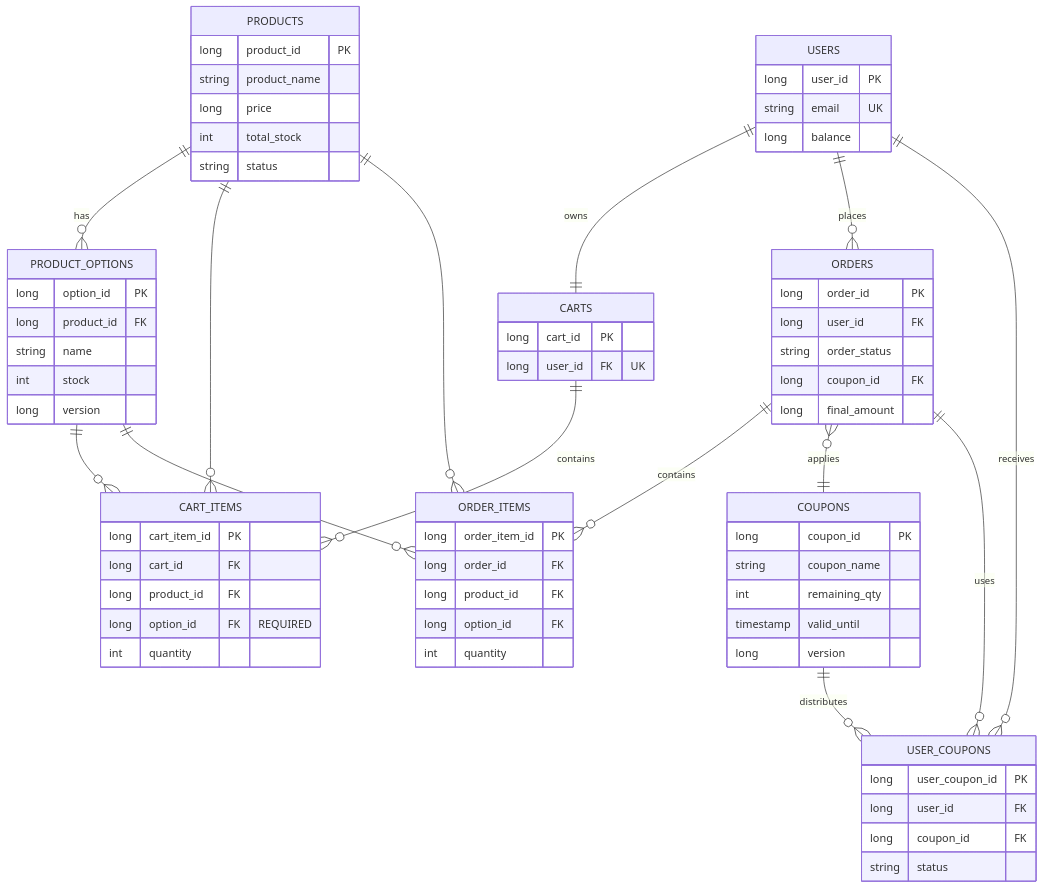
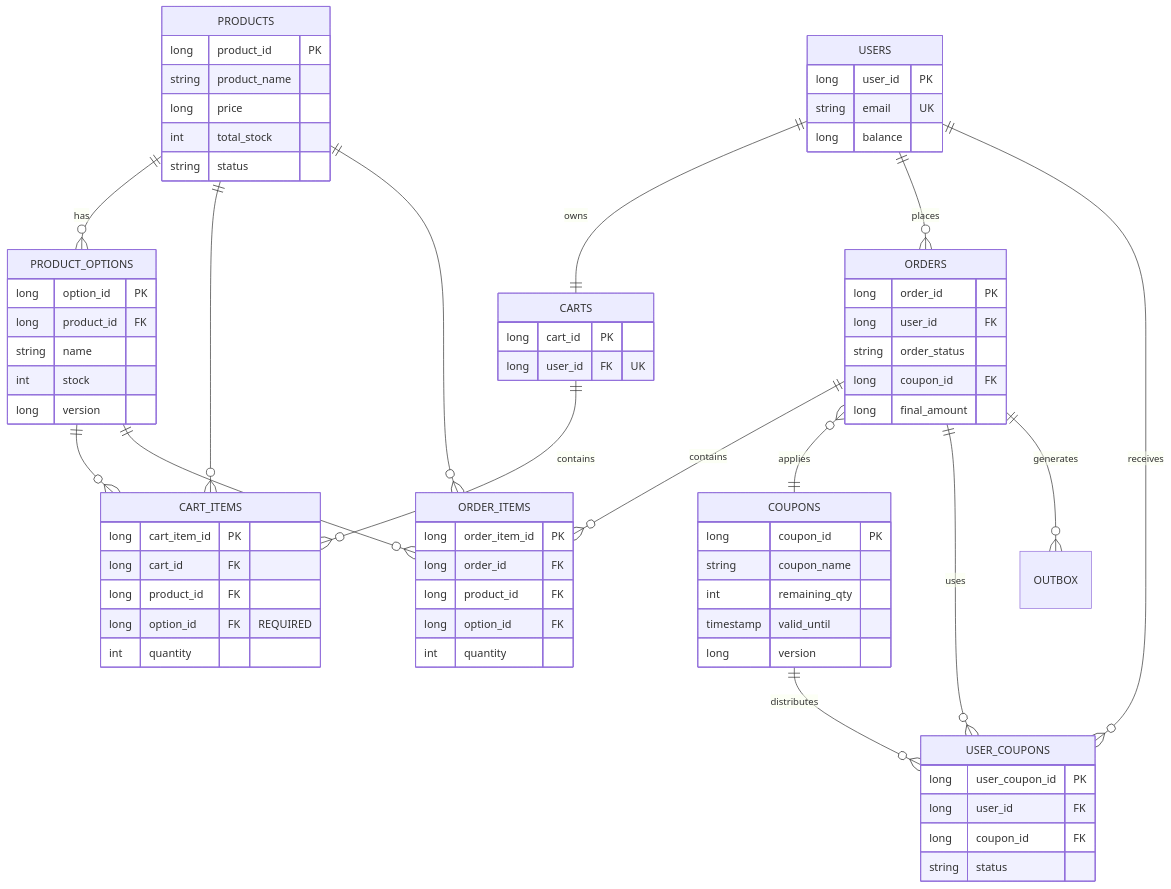
One commit to sujung00/e-commerce changed the diagram in docs/api/data-models.md. Above: the diagram before and after it, drawn with Mermaid. The commit also changed other lines of this file and 2 other files, not shown here.

```diff
--- a/docs/api/data-models.md
+++ b/docs/api/data-models.md
@@ -156,6 +178,7 @@
     ORDERS ||--o{ ORDER_ITEMS : contains
     ORDERS }o--|| COUPONS : applies
     ORDERS ||--o{ USER_COUPONS : uses
+    ORDERS ||--o{ OUTBOX : generates
 
     COUPONS ||--o{ USER_COUPONS : distributes
 
```
